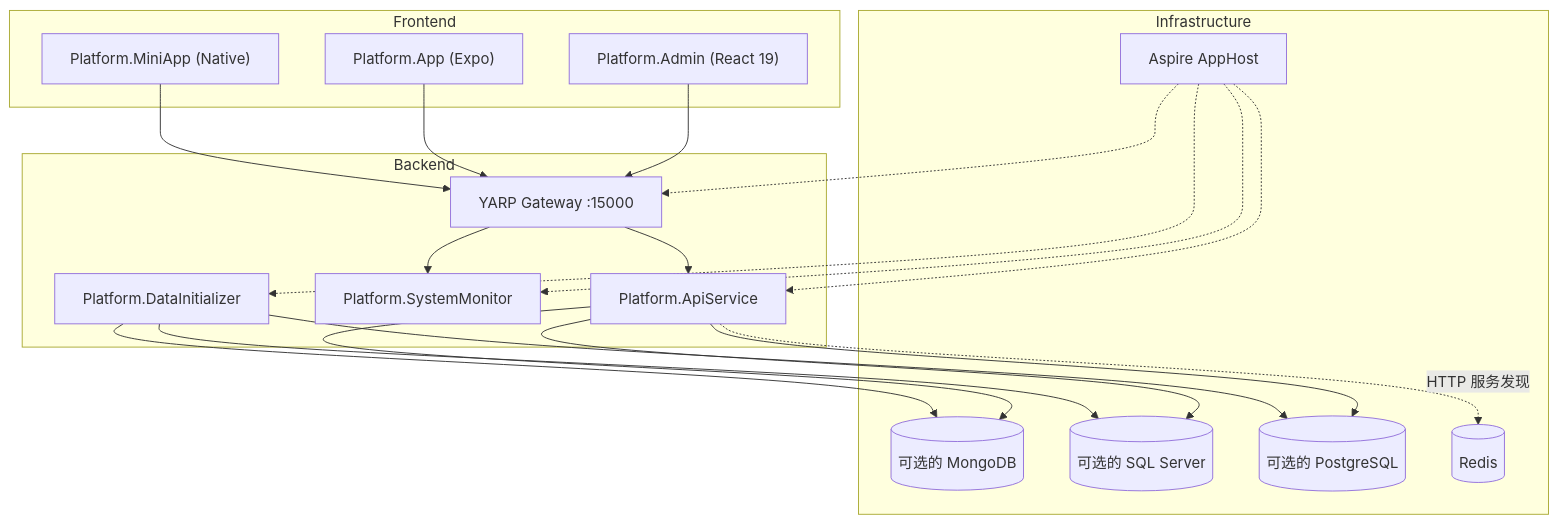
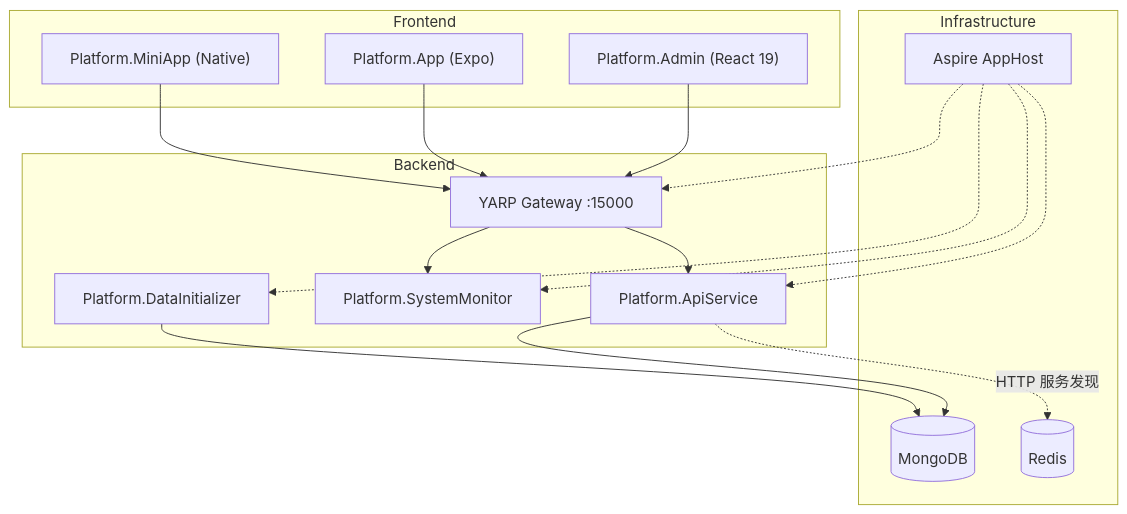
Before and after one commit to wjw1-Evan/aspire-admin: the diagram in README.md, drawn with Mermaid. The commit also changed other lines of this file and 11 other files, not shown here.

First line of the commit message:
chore: 删除 SQL Server 和 PostgreSQL 支持，统一使用 MongoDB 数据库

````diff
--- a/README.md
+++ b/README.md
@@ -110,38 +110,32 @@
 ```mermaid
 graph TD
     subgraph Frontend
         Admin["Platform.Admin (React 19)"]
         App["Platform.App (Expo)"]
         MiniApp["Platform.MiniApp (Native)"]
     end
 
     subgraph Backend
         Gateway["YARP Gateway :15000"]
         ApiService["Platform.ApiService"]
         SysMonitor["Platform.SystemMonitor"]
         DataInit["Platform.DataInitializer"]
     end
 
     subgraph Infrastructure
         Aspire["Aspire AppHost"]
-        MongoMain[(可选的 MongoDB)]
-        SqlServer[(可选的 SQL Server)]
-        Postgres[(可选的 PostgreSQL)]
+        MongoMain[(MongoDB)]
         Redis[(Redis)]
     end
 
     Admin & App & MiniApp --> Gateway
     Gateway --> ApiService
     Gateway --> SysMonitor
     ApiService --> MongoMain
-    ApiService --> SqlServer
-    ApiService --> Postgres
     ApiService -.->|HTTP 服务发现| Redis
     Aspire -.-> Gateway
     Aspire -.-> ApiService
     Aspire -.-> SysMonitor
     Aspire -.-> DataInit
     DataInit --> MongoMain
-    DataInit --> SqlServer
-    DataInit --> Postgres
 ```
````
